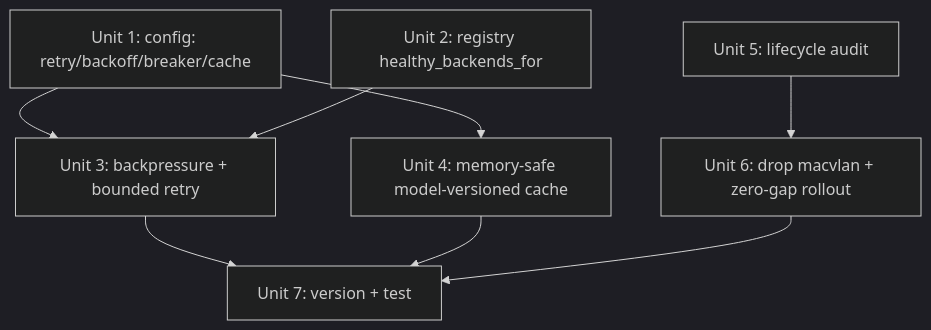
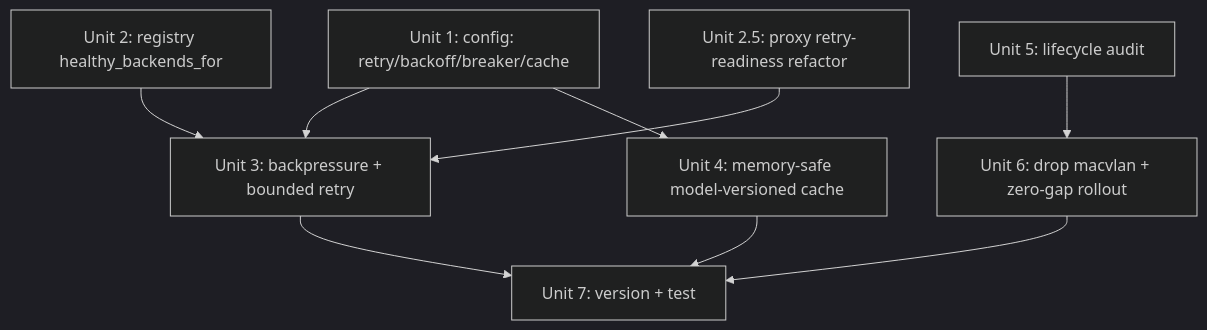
The diagram in docs/plans/2026-05-30-001-feat-flakiness-mitigation-plan.md (kryptt/ollama-router), drawn with Mermaid (dark theme) before and after one commit. The commit also changed other lines of this file and 5 other files, not shown here.

First line of the commit message:
refactor: pre-Unit-3 hardening from the architectural review

````diff
--- a/docs/plans/2026-05-30-001-feat-flakiness-mitigation-plan.md
+++ b/docs/plans/2026-05-30-001-feat-flakiness-mitigation-plan.md
@@ -178,10 +178,11 @@
 ```mermaid
 graph TB
   U1[Unit 1: config: retry/backoff/breaker/cache] --> U3[Unit 3: backpressure + bounded retry]
   U2[Unit 2: registry healthy_backends_for] --> U3
+  U25[Unit 2.5: proxy retry-readiness refactor] --> U3
   U1 --> U4[Unit 4: memory-safe model-versioned cache]
   U3 --> U7[Unit 7: version + test]
   U4 --> U7
   U5[Unit 5: lifecycle audit] --> U6[Unit 6: drop macvlan + zero-gap rollout]
   U6 --> U7
 ```
````
